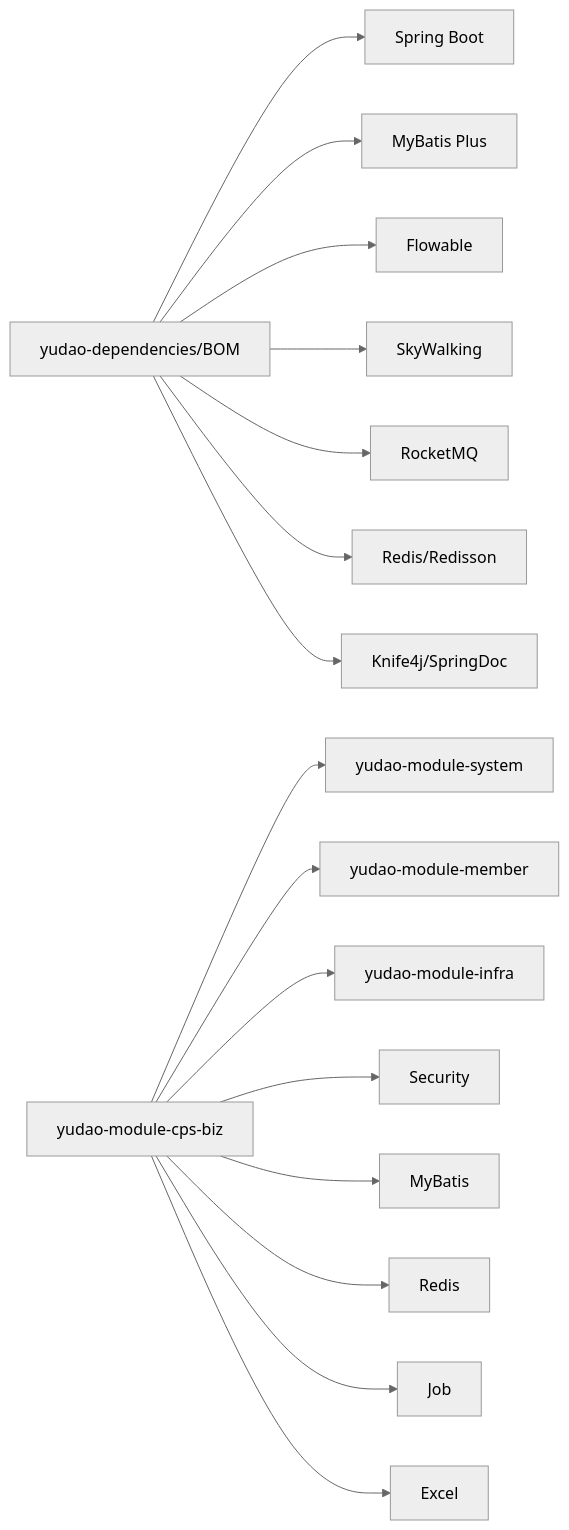
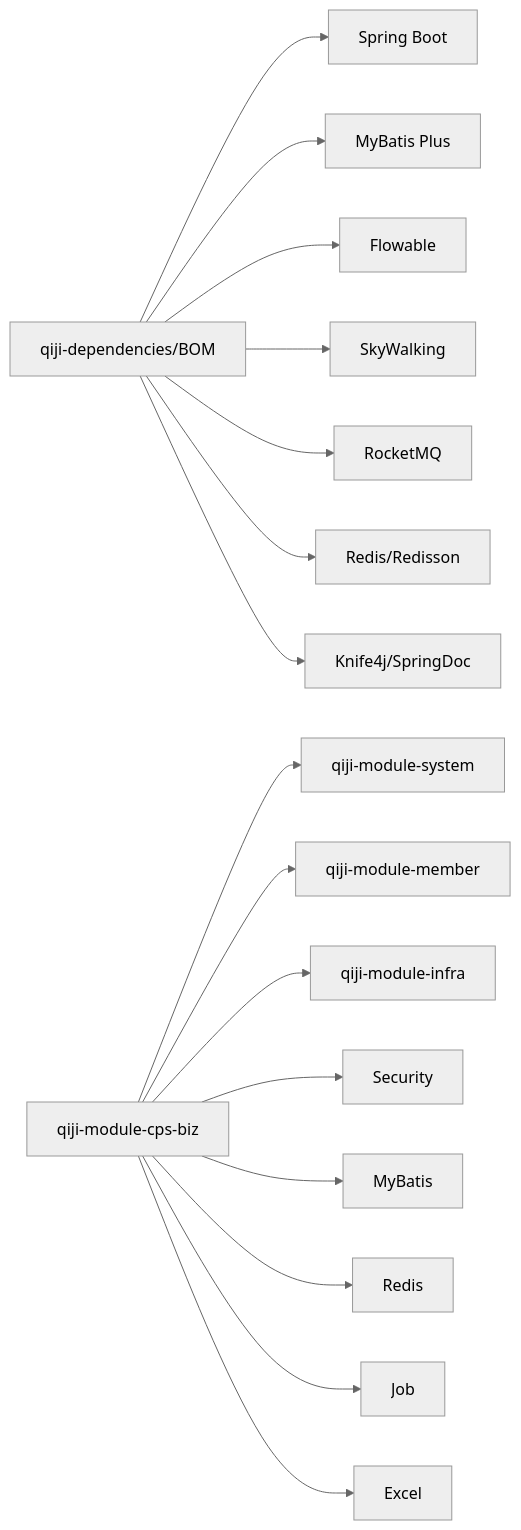
One commit to zhuangpengLI/AgenticCPS changed the seventh of 7 diagrams in backend/.qoder/repowiki/zh/content/系统架构设计/技术栈选型.md. Above: the diagram before and after it, drawn with Mermaid (neutral theme). The commit also changed other lines of this file and 3489 other files, not shown here.

````diff
--- a/backend/.qoder/repowiki/zh/content/系统架构设计/技术栈选型.md
+++ b/backend/.qoder/repowiki/zh/content/系统架构设计/技术栈选型.md
@@ -339,18 +339,18 @@
 ```mermaid
 graph LR
-BOM["yudao-dependencies/BOM"] --> SB["Spring Boot"]
+BOM["qiji-dependencies/BOM"] --> SB["Spring Boot"]
 BOM --> MB["MyBatis Plus"]
 BOM --> FL["Flowable"]
 BOM --> SW["SkyWalking"]
 BOM --> RMQ["RocketMQ"]
 BOM --> RC["Redis/Redisson"]
 BOM --> DOC["Knife4j/SpringDoc"]
-CPS["yudao-module-cps-biz"] --> SYS["yudao-module-system"]
-CPS --> MEM["yudao-module-member"]
-CPS --> INF["yudao-module-infra"]
+CPS["qiji-module-cps-biz"] --> SYS["qiji-module-system"]
+CPS --> MEM["qiji-module-member"]
+CPS --> INF["qiji-module-infra"]
 CPS --> SEC["Security"]
 CPS --> MYB["MyBatis"]
 CPS --> RED["Redis"]
 CPS --> JOB["Job"]
 CPS --> EXCEL["Excel"]
 ```
````
